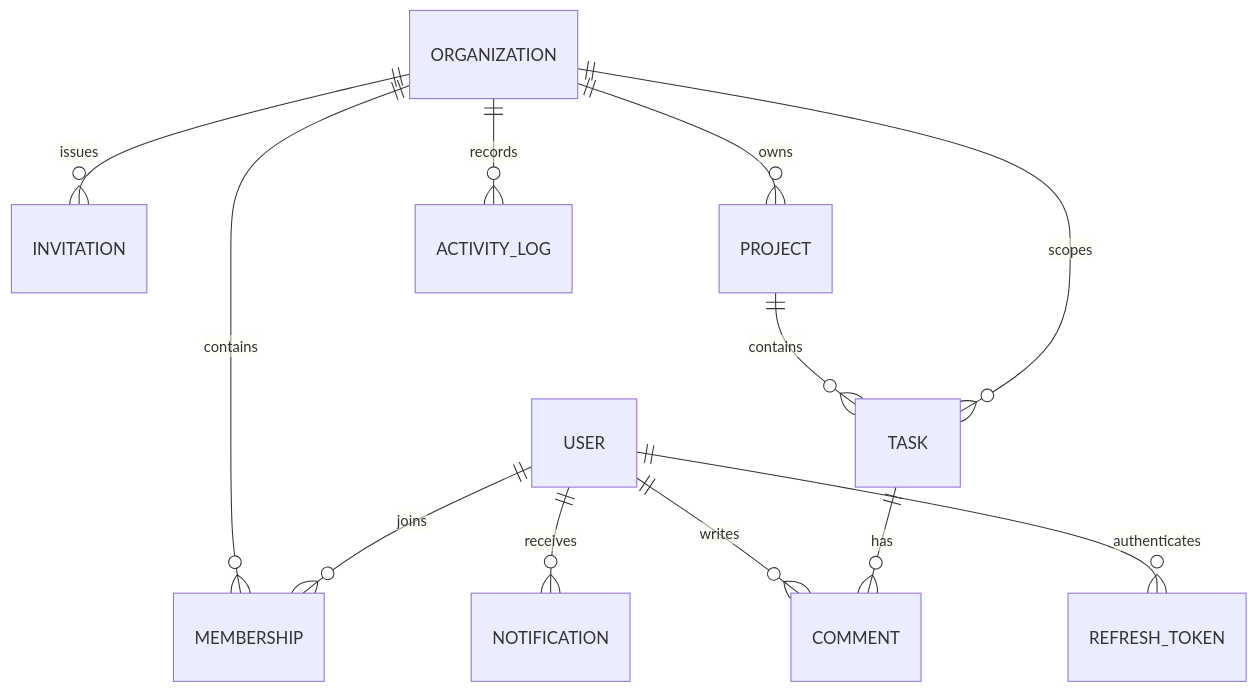
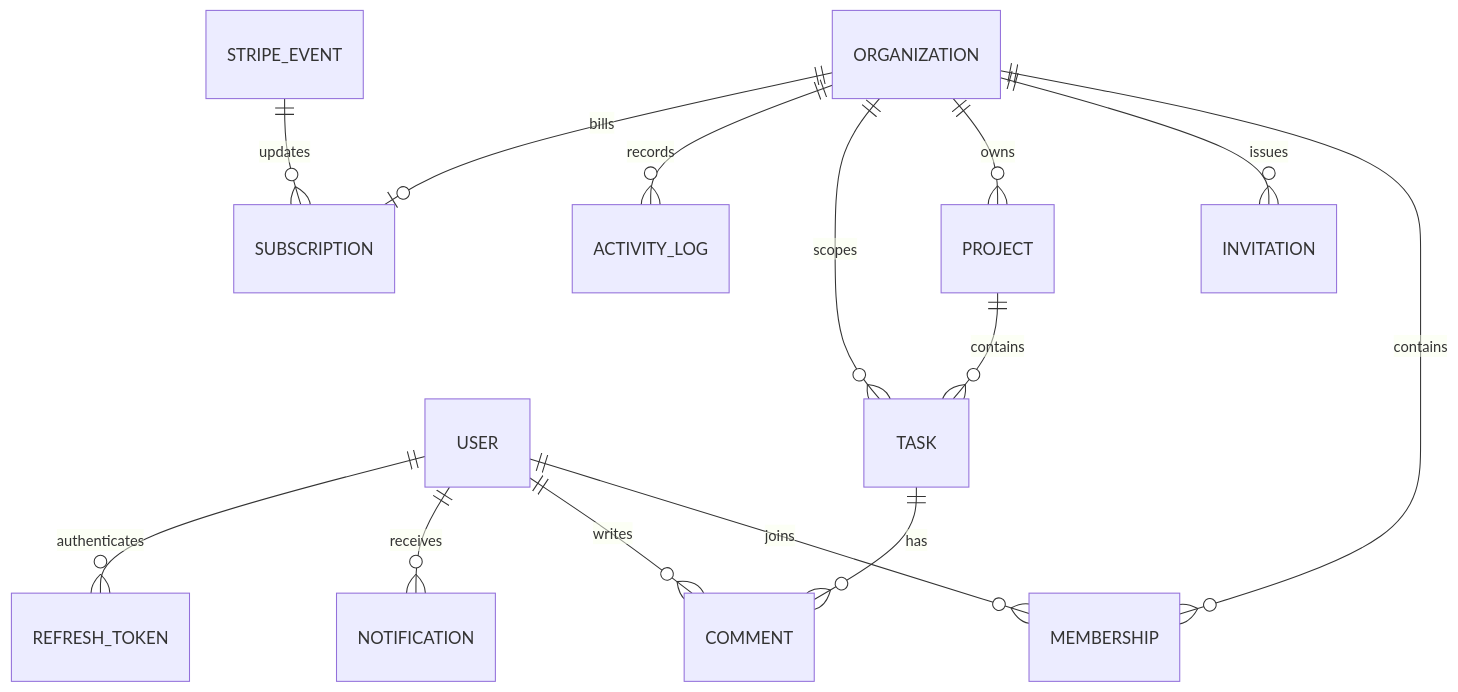
One commit to dumkapankaj55/teamflow changed the second of 2 diagrams in README.md. Above: the diagram before and after it, drawn with Mermaid. The commit also changed other lines of this file and 80 other files, not shown here.

Commit message:
fix: allow free plan users to access analytics and improve app flows

````diff
--- a/README.md
+++ b/README.md
@@ -75,14 +86,16 @@
 ```mermaid
 erDiagram
   USER ||--o{ MEMBERSHIP : joins
   ORGANIZATION ||--o{ MEMBERSHIP : contains
   ORGANIZATION ||--o{ INVITATION : issues
   ORGANIZATION ||--o{ PROJECT : owns
   ORGANIZATION ||--o{ TASK : scopes
   PROJECT ||--o{ TASK : contains
   TASK ||--o{ COMMENT : has
   USER ||--o{ COMMENT : writes
   USER ||--o{ NOTIFICATION : receives
   ORGANIZATION ||--o{ ACTIVITY_LOG : records
   USER ||--o{ REFRESH_TOKEN : authenticates
+  ORGANIZATION ||--o| SUBSCRIPTION : bills
+  STRIPE_EVENT ||--o{ SUBSCRIPTION : updates
 ```
````
